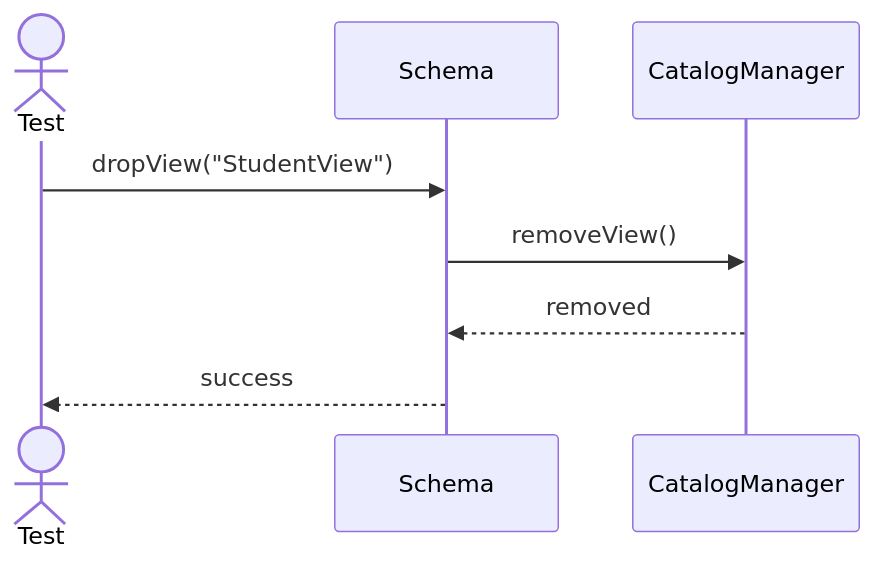
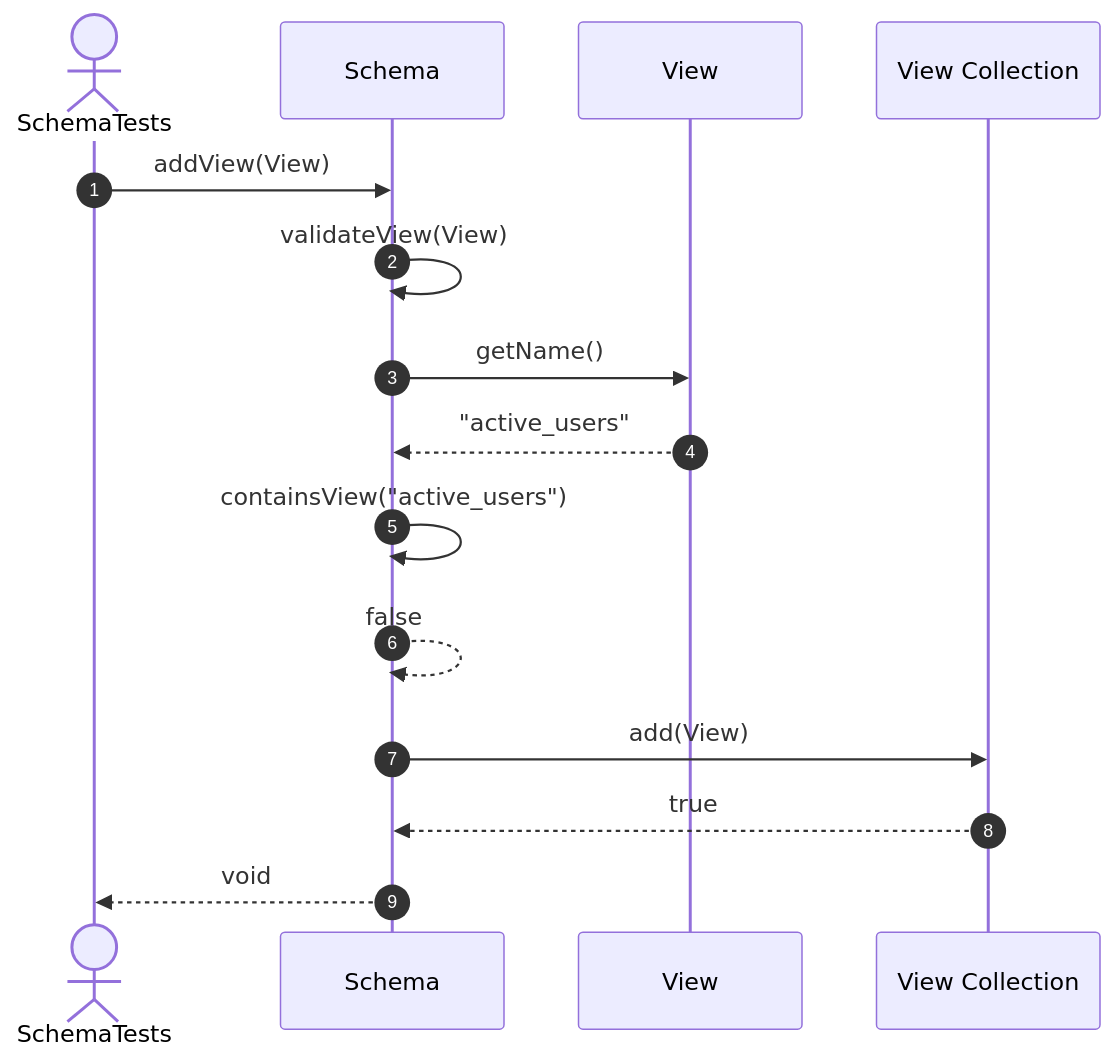
One commit to FhuAnn/-bbv-AN-s-DBMS changed diagram 11 of 15 in src/tests/unit/metadata/sequences/schemas-testing-sequences.md. Above: the diagram before and after it, drawn with Mermaid. The commit also changed other lines of this file and 60 other files, not shown here.

````diff
--- a/src/tests/unit/metadata/sequences/schemas-testing-sequences.md
+++ b/src/tests/unit/metadata/sequences/schemas-testing-sequences.md
@@ -344,11 +196,18 @@
 ```mermaid
 sequenceDiagram
-actor Test
-participant Schema
-participant CatalogManager
+    autonumber
+    actor Test as SchemaTests
+    participant Schema as Schema
+    participant View as View
+    participant Views as View Collection
 
-Test->>Schema: dropView("StudentView")
-Schema->>CatalogManager: removeView()
-CatalogManager-->>Schema: removed
-Schema-->>Test: success
+    Test->>Schema: addView(View)
+    Schema->>Schema: validateView(View)
+    Schema->>View: getName()
+    View-->>Schema: "active_users"
+    Schema->>Schema: containsView("active_users")
+    Schema-->>Schema: false
+    Schema->>Views: add(View)
+    Views-->>Schema: true
+    Schema-->>Test: void
 ```
````
